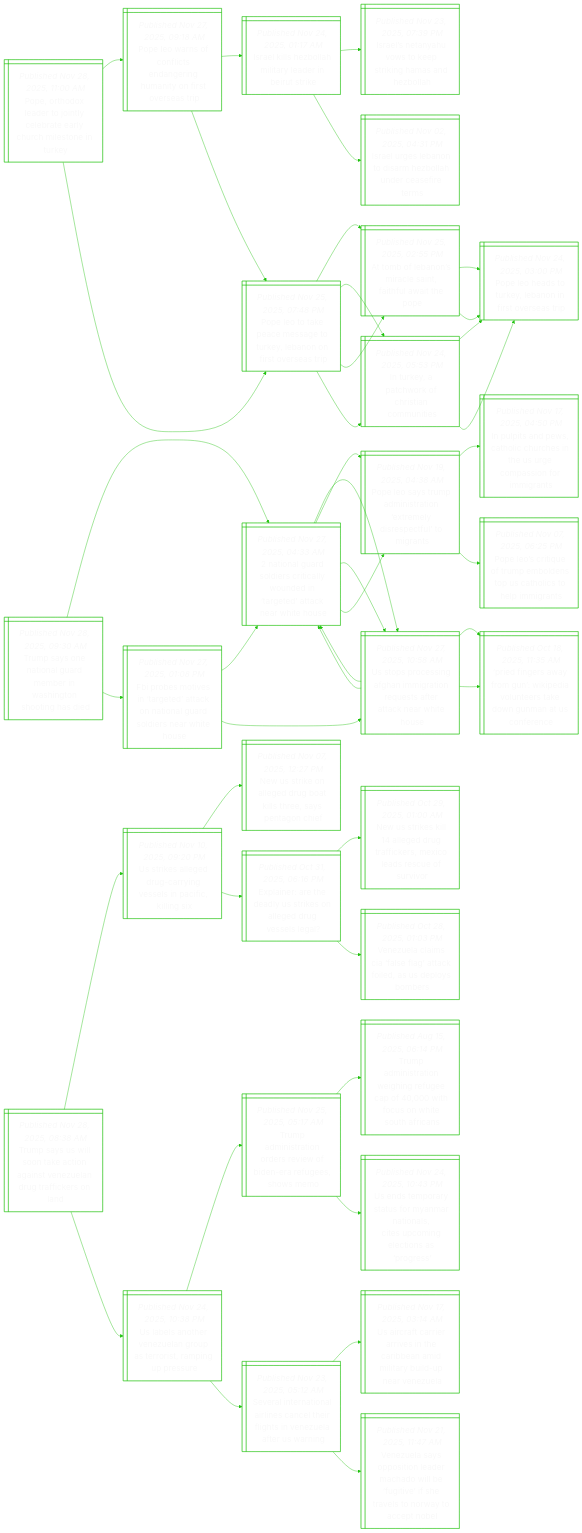
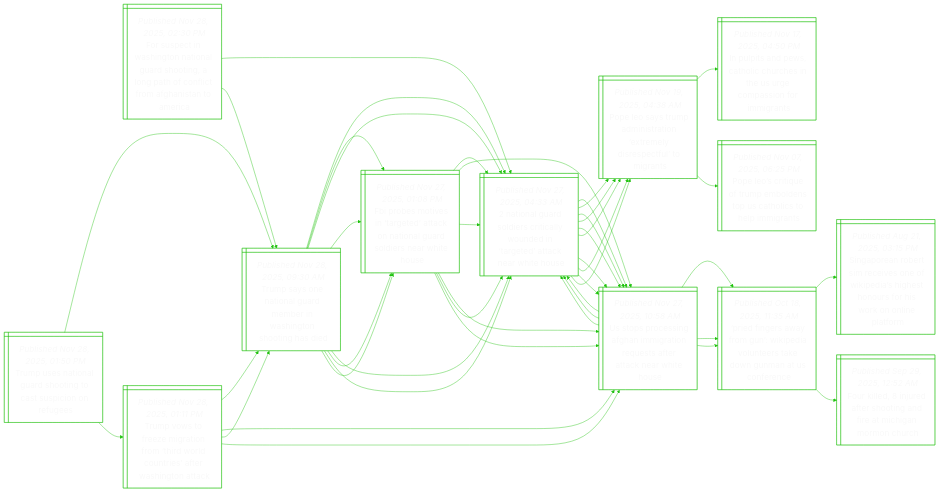
One commit to notJmes/notJmes changed the diagram in README.md. Above: the diagram before and after it, drawn with Mermaid. The commit also changed other lines of this file, not shown here.

````diff
--- a/README.md
+++ b/README.md
@@ -16,54 +16,8 @@
 flowchart LR
 classDef txtsize font-size:20px;
 
-Prodjleeyceer@{ shape: win-pane, label: "_Published Nov 28, 2025, 11:00 AM_
-Pope, orthodox leader to jointly celebrate early church milestone in turkey" }
-Penocdrutivap@{ shape: win-pane, label: "_Published Nov 27, 2025, 09:18 AM_
-Pope leo warns of conflicts endangering humanity on first overseas trip" }
-Ilsomaanui@{ shape: win-pane, label: "_Published Nov 24, 2025, 01:17 AM_
-Israel kills hezbollah military leader in beirut strike" }
-Ilautpkanbh@{ shape: win-pane, label: "_Published Nov 23, 2025, 07:39 PM_
-Israel’s netanyahu vows to keep striking hamas and hezbollah" }
-Ilsndmoucfe@{ shape: win-pane, label: "_Published Nov 02, 2025, 04:31 PM_
-Israel urges lebanon to disarm hezbollah under ceasefire terms" }
-Peaastkbosrt@{ shape: win-pane, label: "_Published Nov 25, 2025, 07:48 PM_
-Pope leo to take peace message to turkey, lebanon on first overseas trip" }
-Abbsciilto@{ shape: win-pane, label: "_Published Nov 25, 2025, 02:55 PM_
-At tomb of lebanon’s miracle saint, faithful await the pope" }
-IkaoCtoi@{ shape: win-pane, label: "_Published Nov 24, 2025, 05:53 PM_
-In turkey, a patchwork of christian communities" }
-Peaastkbosrt@{ shape: win-pane, label: "_Published Nov 25, 2025, 07:48 PM_
-Pope leo to take peace message to turkey, lebanon on first overseas trip" }
-Abbsciilto@{ shape: win-pane, label: "_Published Nov 25, 2025, 02:55 PM_
-At tomb of lebanon’s miracle saint, faithful await the pope" }
-PeduLoivap@{ shape: win-pane, label: "_Published Nov 24, 2025, 03:00 PM_
-Pope leo heads to turkey, lebanon in first overseas trip" }
-PeduLoivap@{ shape: win-pane, label: "_Published Nov 24, 2025, 03:00 PM_
-Pope leo heads to turkey, lebanon in first overseas trip" }
-IkaoCtoi@{ shape: win-pane, label: "_Published Nov 24, 2025, 05:53 PM_
-In turkey, a patchwork of christian communities" }
-PeduLoivap@{ shape: win-pane, label: "_Published Nov 24, 2025, 03:00 PM_
-Pope leo heads to turkey, lebanon in first overseas trip" }
-PeduLoivap@{ shape: win-pane, label: "_Published Nov 24, 2025, 03:00 PM_
-Pope leo heads to turkey, lebanon in first overseas trip" }
-
-Prodjleeyceer:::txtsize --> Penocdrutivap:::txtsize
-Penocdrutivap:::txtsize --> Ilsomaanui:::txtsize
-Ilsomaanui:::txtsize --> Ilautpkanbh:::txtsize
-Ilsomaanui:::txtsize --> Ilsndmoucfe:::txtsize
-Penocdrutivap:::txtsize --> Peaastkbosrt:::txtsize
-Peaastkbosrt:::txtsize --> Abbsciilto:::txtsize
-Peaastkbosrt:::txtsize --> IkaoCtoi:::txtsize
-Prodjleeyceer:::txtsize --> Peaastkbosrt:::txtsize
-Peaastkbosrt:::txtsize --> Abbsciilto:::txtsize
-Abbsciilto:::txtsize --> PeduLoivap:::txtsize
-Abbsciilto:::txtsize --> PeduLoivap:::txtsize
-Peaastkbosrt:::txtsize --> IkaoCtoi:::txtsize
-IkaoCtoi:::txtsize --> PeduLoivap:::txtsize
-IkaoCtoi:::txtsize --> PeduLoivap:::txtsize
-
-TsniGmrstogi@{ shape: win-pane, label: "_Published Nov 28, 2025, 09:30 AM_
-Trump says one national guard member in washington shooting has died" }
+FsihoiGsiotocmaama@{ shape: win-pane, label: "_Published Nov 28, 2025, 02:30 PM_
+For suspect in washington national guard shooting, a long path of conflict from afghanistan to america" }
 Nnalsiydttteiu@{ shape: win-pane, label: "_Published Nov 27, 2025, 04:33 AM_
 2 national guard soldiers critically wounded in ‘targeted’ attack near white house" }
 Upcnhmteteaats@{ shape: win-pane, label: "_Published Nov 27, 2025, 10:58 AM_
@@ -78,14 +32,60 @@
 In pulpits and pews, catholic churches in the us urge compassion for immigrants" }
 PeieubnUhslit@{ shape: win-pane, label: "_Published Nov 07, 2025, 06:25 PM_
 Pope leo’s critique of trump emboldens top us catholics to help immigrants" }
+TsniGmrstogi@{ shape: win-pane, label: "_Published Nov 28, 2025, 09:30 AM_
+Trump says one national guard member in washington shooting has died" }
+Nnalsiydttteiu@{ shape: win-pane, label: "_Published Nov 27, 2025, 04:33 AM_
+2 national guard soldiers critically wounded in ‘targeted’ attack near white house" }
+Upcnhmteteaats@{ shape: win-pane, label: "_Published Nov 27, 2025, 10:58 AM_
+Us stops processing afghan immigration requests after attack near white house" }
+Pespnaemipuit@{ shape: win-pane, label: "_Published Nov 19, 2025, 04:38 AM_
+Pope leo says trump administration ‘extremely disrespectful’ to migrants" }
 Foosrdcaardnho@{ shape: win-pane, label: "_Published Nov 27, 2025, 01:08 PM_
 Fbi probes motives in ‘targeted’ attack on national guard soldiers near white house" }
 Nnalsiydttteiu@{ shape: win-pane, label: "_Published Nov 27, 2025, 04:33 AM_
 2 national guard soldiers critically wounded in ‘targeted’ attack near white house" }
 Upcnhmteteaats@{ shape: win-pane, label: "_Published Nov 27, 2025, 10:58 AM_
 Us stops processing afghan immigration requests after attack near white house" }
+
+FsihoiGsiotocmaama:::txtsize --> Nnalsiydttteiu:::txtsize
+Nnalsiydttteiu:::txtsize --> Upcnhmteteaats:::txtsize
+Upcnhmteteaats:::txtsize --> Nnalsiydttteiu:::txtsize
+Upcnhmteteaats:::txtsize --> Pfrygkiuregncr:::txtsize
+Nnalsiydttteiu:::txtsize --> Pespnaemipuit:::txtsize
+Pespnaemipuit:::txtsize --> Ipnsohehrmirgs:::txtsize
+Pespnaemipuit:::txtsize --> PeieubnUhslit:::txtsize
+FsihoiGsiotocmaama:::txtsize --> TsniGmrstogi:::txtsize
+TsniGmrstogi:::txtsize --> Nnalsiydttteiu:::txtsize
+Nnalsiydttteiu:::txtsize --> Upcnhmteteaats:::txtsize
+Nnalsiydttteiu:::txtsize --> Pespnaemipuit:::txtsize
+TsniGmrstogi:::txtsize --> Foosrdcaardnho:::txtsize
+Foosrdcaardnho:::txtsize --> Nnalsiydttteiu:::txtsize
+Foosrdcaardnho:::txtsize --> Upcnhmteteaats:::txtsize
+
+Tuaarottiou@{ shape: win-pane, label: "_Published Nov 28, 2025, 01:50 PM_
+Trump uses national guard shooting to cast suspicion on refugees" }
+TsniGmrstogi@{ shape: win-pane, label: "_Published Nov 28, 2025, 09:30 AM_
+Trump says one national guard member in washington shooting has died" }
+Nnalsiydttteiu@{ shape: win-pane, label: "_Published Nov 27, 2025, 04:33 AM_
+2 national guard soldiers critically wounded in ‘targeted’ attack near white house" }
+Upcnhmteteaats@{ shape: win-pane, label: "_Published Nov 27, 2025, 10:58 AM_
+Us stops processing afghan immigration requests after attack near white house" }
 Pespnaemipuit@{ shape: win-pane, label: "_Published Nov 19, 2025, 04:38 AM_
 Pope leo says trump administration ‘extremely disrespectful’ to migrants" }
+Foosrdcaardnho@{ shape: win-pane, label: "_Published Nov 27, 2025, 01:08 PM_
+Fbi probes motives in ‘targeted’ attack on national guard soldiers near white house" }
+Nnalsiydttteiu@{ shape: win-pane, label: "_Published Nov 27, 2025, 04:33 AM_
+2 national guard soldiers critically wounded in ‘targeted’ attack near white house" }
+Upcnhmteteaats@{ shape: win-pane, label: "_Published Nov 27, 2025, 10:58 AM_
+Us stops processing afghan immigration requests after attack near white house" }
+TvozrnTWcrfagt@{ shape: win-pane, label: "_Published Nov 28, 2025, 01:11 PM_
+Trump vows to freeze migration from ‘third world countries’ after washington attack" }
+TsniGmrstogi@{ shape: win-pane, label: "_Published Nov 28, 2025, 09:30 AM_
+Trump says one national guard member in washington shooting has died" }
+Nnalsiydttteiu@{ shape: win-pane, label: "_Published Nov 27, 2025, 04:33 AM_
+2 national guard soldiers critically wounded in ‘targeted’ attack near white house" }
+Foosrdcaardnho@{ shape: win-pane, label: "_Published Nov 27, 2025, 01:08 PM_
+Fbi probes motives in ‘targeted’ attack on national guard soldiers near white house" }
 Upcnhmteteaats@{ shape: win-pane, label: "_Published Nov 27, 2025, 10:58 AM_
 Us stops processing afghan immigration requests after attack near white house" }
 Nnalsiydttteiu@{ shape: win-pane, label: "_Published Nov 27, 2025, 04:33 AM_
@@ -93,59 +93,65 @@
 Pfrygkiuregncr@{ shape: win-pane, label: "_Published Oct 18, 2025, 11:35 AM_
 ‘pried fingers away from gun’: wikipedia volunteers take down gunman at us conference" }
 
+Tuaarottiou:::txtsize --> TsniGmrstogi:::txtsize
 TsniGmrstogi:::txtsize --> Nnalsiydttteiu:::txtsize
 Nnalsiydttteiu:::txtsize --> Upcnhmteteaats:::txtsize
-Upcnhmteteaats:::txtsize --> Nnalsiydttteiu:::txtsize
-Upcnhmteteaats:::txtsize --> Pfrygkiuregncr:::txtsize
 Nnalsiydttteiu:::txtsize --> Pespnaemipuit:::txtsize
-Pespnaemipuit:::txtsize --> Ipnsohehrmirgs:::txtsize
-Pespnaemipuit:::txtsize --> PeieubnUhslit:::txtsize
 TsniGmrstogi:::txtsize --> Foosrdcaardnho:::txtsize
 Foosrdcaardnho:::txtsize --> Nnalsiydttteiu:::txtsize
-Nnalsiydttteiu:::txtsize --> Upcnhmteteaats:::txtsize
-Nnalsiydttteiu:::txtsize --> Pespnaemipuit:::txtsize
 Foosrdcaardnho:::txtsize --> Upcnhmteteaats:::txtsize
+Tuaarottiou:::txtsize --> TvozrnTWcrfagt:::txtsize
+TvozrnTWcrfagt:::txtsize --> TsniGmrstogi:::txtsize
+TsniGmrstogi:::txtsize --> Nnalsiydttteiu:::txtsize
+TsniGmrstogi:::txtsize --> Foosrdcaardnho:::txtsize
+TvozrnTWcrfagt:::txtsize --> Upcnhmteteaats:::txtsize
 Upcnhmteteaats:::txtsize --> Nnalsiydttteiu:::txtsize
 Upcnhmteteaats:::txtsize --> Pfrygkiuregncr:::txtsize
 
-TsSsatgtzntisn@{ shape: win-pane, label: "_Published Nov 28, 2025, 08:38 AM_
-Trump says us will soon take action against venezuelan drug traffickers on land" }
-Uildcisiiig@{ shape: win-pane, label: "_Published Nov 10, 2025, 09:20 PM_
-Us strikes alleged drug-carrying vessels in pacific, killing six" }
-Nseldolrytc@{ shape: win-pane, label: "_Published Nov 07, 2025, 12:27 PM_
-New us strike on alleged drug boat kills three, says pentagon chief" }
-Eirdyroersl@{ shape: win-pane, label: "_Published Oct 31, 2025, 06:16 PM_
-Explainer: are the deadly us strikes on alleged drug vessels legal?​" }
-Nselgufexeeov@{ shape: win-pane, label: "_Published Oct 29, 2025, 01:00 AM_
-New us strikes kill 14 alleged drug traffickers, mexico leads rescue of survivor" }
-VulClaaispbr@{ shape: win-pane, label: "_Published Oct 28, 2025, 01:03 PM_
-Venezuela claims cia ‘false flag’ attack foiled, as us deploys bombers" }
-UeoVugartipu@{ shape: win-pane, label: "_Published Nov 24, 2025, 10:38 PM_
-Us labels another venezuelan group as terrorist, ramping up pressure" }
-Taitrrwdaghe@{ shape: win-pane, label: "_Published Nov 25, 2025, 05:17 AM_
-Trump administration orders review of biden-era refugees, shows memo" }
-TaitenuaicwSAa@{ shape: win-pane, label: "_Published Aug 15, 2025, 06:14 PM_
-Trump administration weighing refugee cap of 40,000 with focus on white south africans" }
-Usossyrocuienrs@{ shape: win-pane, label: "_Published Nov 24, 2025, 10:43 PM_
-Us ends temporary status for myanmar nationals, cites upcoming elections as ‘progress’" }
-Saeiannhlsnleag@{ shape: win-pane, label: "_Published Nov 23, 2025, 05:12 AM_
-Several international airlines cancel their flights in venezuela after us warning" }
-Ucceinaeiiburz@{ shape: win-pane, label: "_Published Nov 17, 2025, 03:14 AM_
-Us aircraft carrier arrives in the caribbean amid military build-up near venezuela" }
-Vuapiaaobiitloteb@{ shape: win-pane, label: "_Published Nov 21, 2025, 11:47 AM_
-Venezuela says opposition leader machado will be ‘fugitive’ if she travels to norway to accept nobel" }
+TvozrnTWcrfagt@{ shape: win-pane, label: "_Published Nov 28, 2025, 01:11 PM_
+Trump vows to freeze migration from ‘third world countries’ after washington attack" }
+TsniGmrstogi@{ shape: win-pane, label: "_Published Nov 28, 2025, 09:30 AM_
+Trump says one national guard member in washington shooting has died" }
+Nnalsiydttteiu@{ shape: win-pane, label: "_Published Nov 27, 2025, 04:33 AM_
+2 national guard soldiers critically wounded in ‘targeted’ attack near white house" }
+Upcnhmteteaats@{ shape: win-pane, label: "_Published Nov 27, 2025, 10:58 AM_
+Us stops processing afghan immigration requests after attack near white house" }
+Pespnaemipuit@{ shape: win-pane, label: "_Published Nov 19, 2025, 04:38 AM_
+Pope leo says trump administration ‘extremely disrespectful’ to migrants" }
+Foosrdcaardnho@{ shape: win-pane, label: "_Published Nov 27, 2025, 01:08 PM_
+Fbi probes motives in ‘targeted’ attack on national guard soldiers near white house" }
+Nnalsiydttteiu@{ shape: win-pane, label: "_Published Nov 27, 2025, 04:33 AM_
+2 national guard soldiers critically wounded in ‘targeted’ attack near white house" }
+Upcnhmteteaats@{ shape: win-pane, label: "_Published Nov 27, 2025, 10:58 AM_
+Us stops processing afghan immigration requests after attack near white house" }
+Upcnhmteteaats@{ shape: win-pane, label: "_Published Nov 27, 2025, 10:58 AM_
+Us stops processing afghan immigration requests after attack near white house" }
+Nnalsiydttteiu@{ shape: win-pane, label: "_Published Nov 27, 2025, 04:33 AM_
+2 national guard soldiers critically wounded in ‘targeted’ attack near white house" }
+Upcnhmteteaats@{ shape: win-pane, label: "_Published Nov 27, 2025, 10:58 AM_
+Us stops processing afghan immigration requests after attack near white house" }
+Pespnaemipuit@{ shape: win-pane, label: "_Published Nov 19, 2025, 04:38 AM_
+Pope leo says trump administration ‘extremely disrespectful’ to migrants" }
+Pfrygkiuregncr@{ shape: win-pane, label: "_Published Oct 18, 2025, 11:35 AM_
+‘pried fingers away from gun’: wikipedia volunteers take down gunman at us conference" }
+Spnrrvekighrhrnpo@{ shape: win-pane, label: "_Published Aug 21, 2025, 03:15 PM_
+Singaporean robert sim receives one of wikipedia’s highest honours for his work on online platform" }
+Fiieeoariamu@{ shape: win-pane, label: "_Published Sep 29, 2025, 12:52 AM_
+Four killed, 8 injured after shooting and fire at michigan mormon church" }
 
-TsSsatgtzntisn:::txtsize --> Uildcisiiig:::txtsize
-Uildcisiiig:::txtsize --> Nseldolrytc:::txtsize
-Uildcisiiig:::txtsize --> Eirdyroersl:::txtsize
-Eirdyroersl:::txtsize --> Nselgufexeeov:::txtsize
-Eirdyroersl:::txtsize --> VulClaaispbr:::txtsize
-TsSsatgtzntisn:::txtsize --> UeoVugartipu:::txtsize
-UeoVugartipu:::txtsize --> Taitrrwdaghe:::txtsize
-Taitrrwdaghe:::txtsize --> TaitenuaicwSAa:::txtsize
-Taitrrwdaghe:::txtsize --> Usossyrocuienrs:::txtsize
-UeoVugartipu:::txtsize --> Saeiannhlsnleag:::txtsize
-Saeiannhlsnleag:::txtsize --> Ucceinaeiiburz:::txtsize
-Saeiannhlsnleag:::txtsize --> Vuapiaaobiitloteb:::txtsize
+TvozrnTWcrfagt:::txtsize --> TsniGmrstogi:::txtsize
+TsniGmrstogi:::txtsize --> Nnalsiydttteiu:::txtsize
+Nnalsiydttteiu:::txtsize --> Upcnhmteteaats:::txtsize
+Nnalsiydttteiu:::txtsize --> Pespnaemipuit:::txtsize
+TsniGmrstogi:::txtsize --> Foosrdcaardnho:::txtsize
+Foosrdcaardnho:::txtsize --> Nnalsiydttteiu:::txtsize
+Foosrdcaardnho:::txtsize --> Upcnhmteteaats:::txtsize
+TvozrnTWcrfagt:::txtsize --> Upcnhmteteaats:::txtsize
+Upcnhmteteaats:::txtsize --> Nnalsiydttteiu:::txtsize
+Nnalsiydttteiu:::txtsize --> Upcnhmteteaats:::txtsize
+Nnalsiydttteiu:::txtsize --> Pespnaemipuit:::txtsize
+Upcnhmteteaats:::txtsize --> Pfrygkiuregncr:::txtsize
+Pfrygkiuregncr:::txtsize --> Spnrrvekighrhrnpo:::txtsize
+Pfrygkiuregncr:::txtsize --> Fiieeoariamu:::txtsize
 
 ```
````
